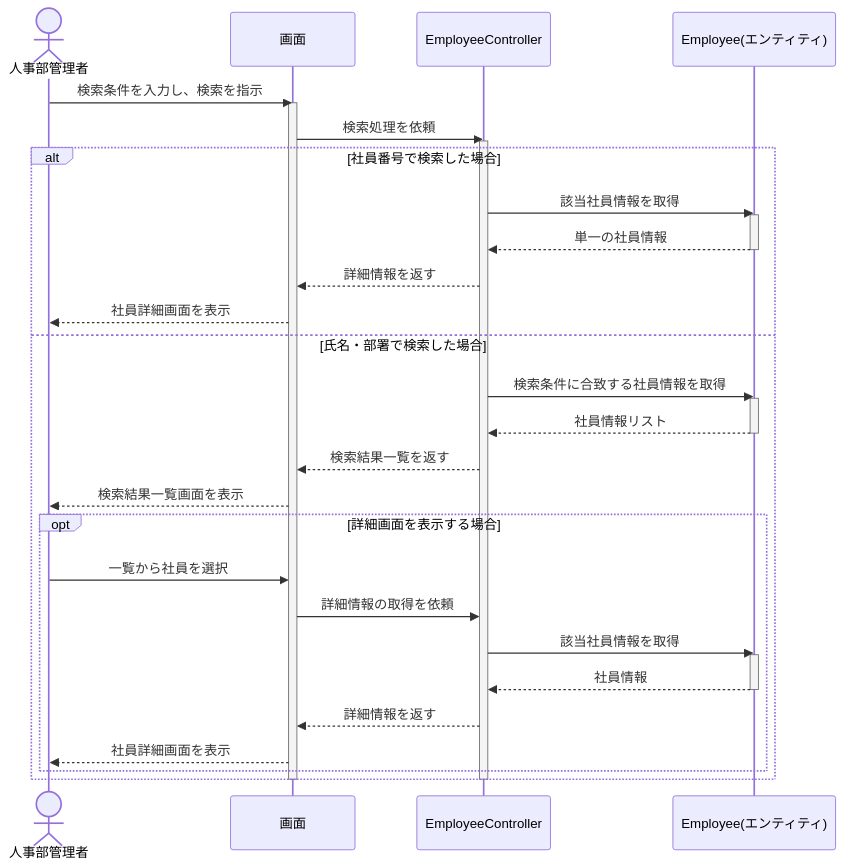
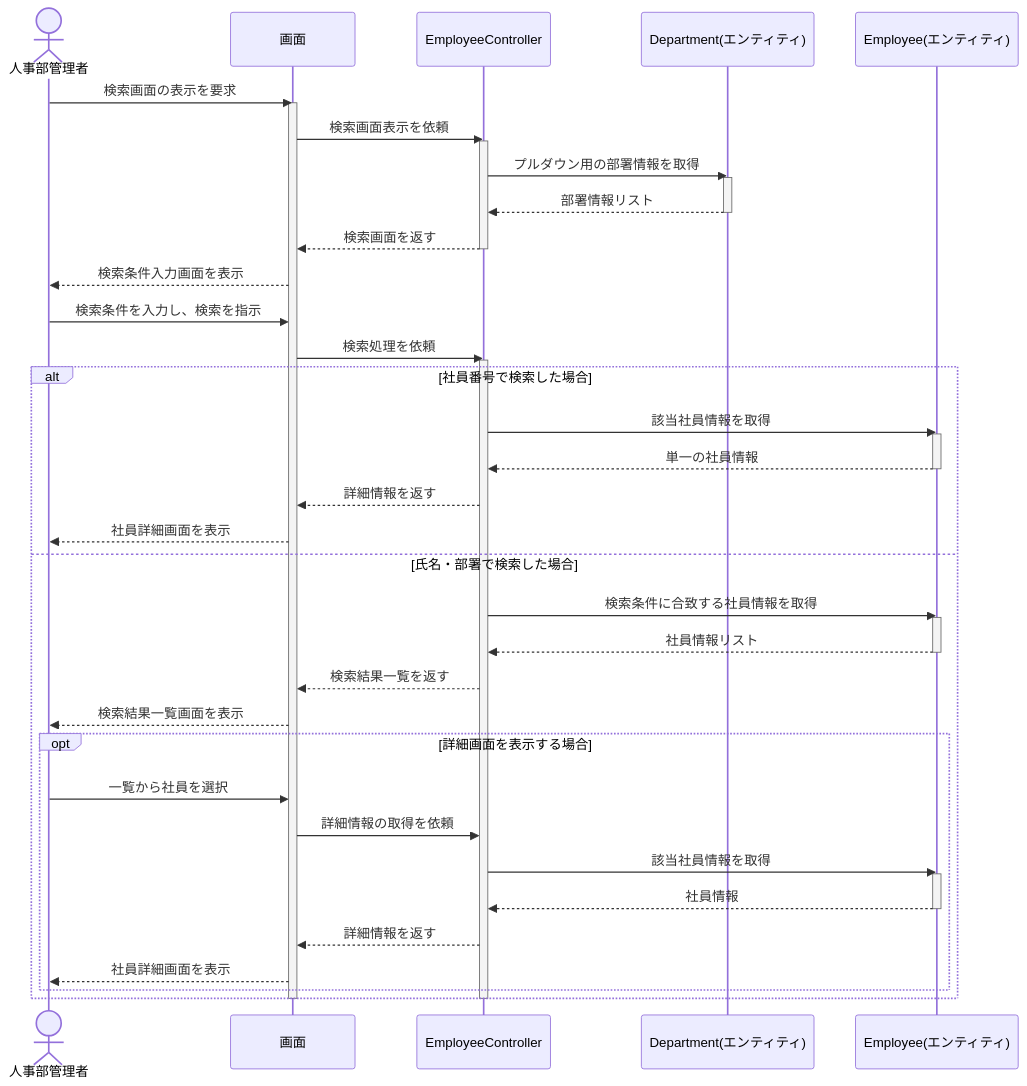
One commit to juyeongjung1/NewEIMS changed the eighth of 21 diagrams in EIMS_Comprehensive_Exercise_Guide.md. Above: the diagram before and after it, drawn with Mermaid. The commit also changed other lines of this file, not shown here.

Commit message:
全画面における「部署一覧取得フロー」を仕様書、UIフロー、および分析シーケンス図へ反映

````diff
--- a/EIMS_Comprehensive_Exercise_Guide.md
+++ b/EIMS_Comprehensive_Exercise_Guide.md
@@ -720,43 +721,55 @@
 ```mermaid
 sequenceDiagram
     actor Admin as 人事部管理者
     participant UI as 画面
     participant Ctrl as EmployeeController
+    participant Dept as Department(エンティティ)
     participant Emp as Employee(エンティティ)
 
+    Admin ->> UI: 検索画面の表示を要求
+    activate UI
+    UI ->> Ctrl: 検索画面表示を依頼
+    activate Ctrl
+    Ctrl ->> Dept: プルダウン用の部署情報を取得
+    activate Dept
+    Dept -->> Ctrl: 部署情報リスト
+    deactivate Dept
+    Ctrl -->> UI: 検索画面を返す
+    deactivate Ctrl
+    UI -->> Admin: 検索条件入力画面を表示
+    
     Admin ->> UI: 検索条件を入力し、検索を指示
-    activate UI
     UI ->> Ctrl: 検索処理を依頼
     activate Ctrl
     
     alt 社員番号で検索した場合
         Ctrl ->> Emp: 該当社員情報を取得
         activate Emp
         Emp -->> Ctrl: 単一の社員情報
         deactivate Emp
         Ctrl -->> UI: 詳細情報を返す
         UI -->> Admin: 社員詳細画面を表示
     else 氏名・部署で検索した場合
         Ctrl ->> Emp: 検索条件に合致する社員情報を取得
         activate Emp
         Emp -->> Ctrl: 社員情報リスト
         deactivate Emp
         
         Ctrl -->> UI: 検索結果一覧を返す
         UI -->> Admin: 検索結果一覧画面を表示
         
         opt 詳細画面を表示する場合
             Admin ->> UI: 一覧から社員を選択
             UI ->> Ctrl: 詳細情報の取得を依頼
             Ctrl ->> Emp: 該当社員情報を取得
             activate Emp
             Emp -->> Ctrl: 社員情報
             deactivate Emp
             Ctrl -->> UI: 詳細情報を返す
             UI -->> Admin: 社員詳細画面を表示
         end
     end
     
     deactivate Ctrl
     deactivate UI
 ```
````
